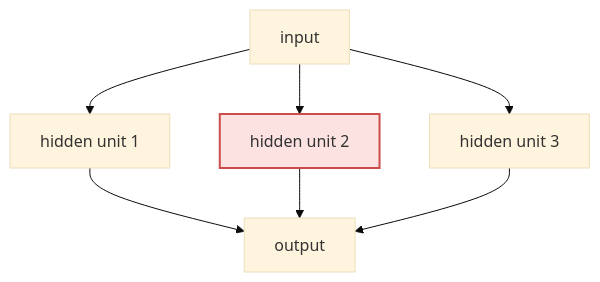
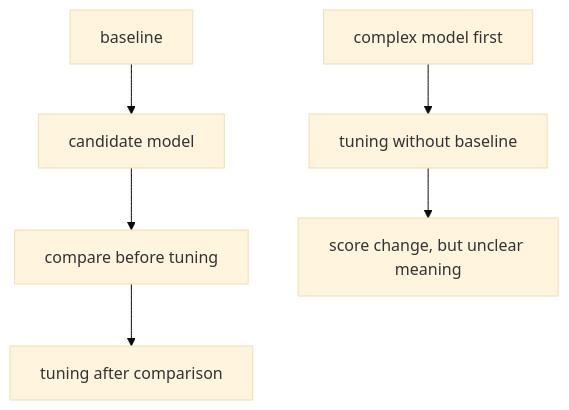
Before and after one commit to devchan64/AiBook: the second of 2 diagrams in docs/parts/part-04/chapter-08/section-02.md, drawn with Mermaid (base theme). The commit also changed other lines of this file and 213 other files, not shown here.

````diff
--- a/docs/parts/part-04/chapter-08/section-02.md
+++ b/docs/parts/part-04/chapter-08/section-02.md
@@ -65,17 +251,13 @@
 ```mermaid
-flowchart TD
-  A["input"]
-  B["hidden unit 1"]
-  C["hidden unit 2"]
-  D["hidden unit 3"]
-  E["output"]
+flowchart TB
+  A["baseline"]
+  B["candidate model"]
+  C["compare before tuning"]
+  D["tuning after comparison"]
+  E["complex model first"]
+  F["tuning without baseline"]
+  G["score change, but unclear meaning"]
 
-  A --> B
-  A --> C
-  A --> D
-  B --> E
-  C --> E
-  D --> E
-
-  style C fill:#fde2e2,stroke:#cc4b4b,stroke-width:2px
+  A --> B --> C --> D
+  E --> F --> G
 ```
````
